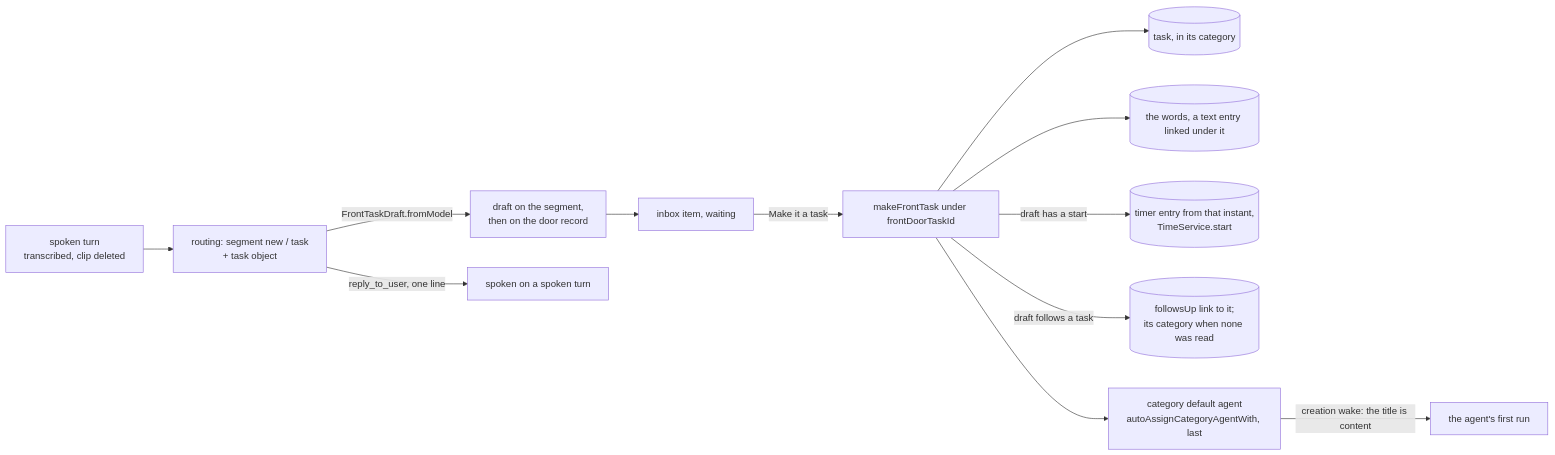
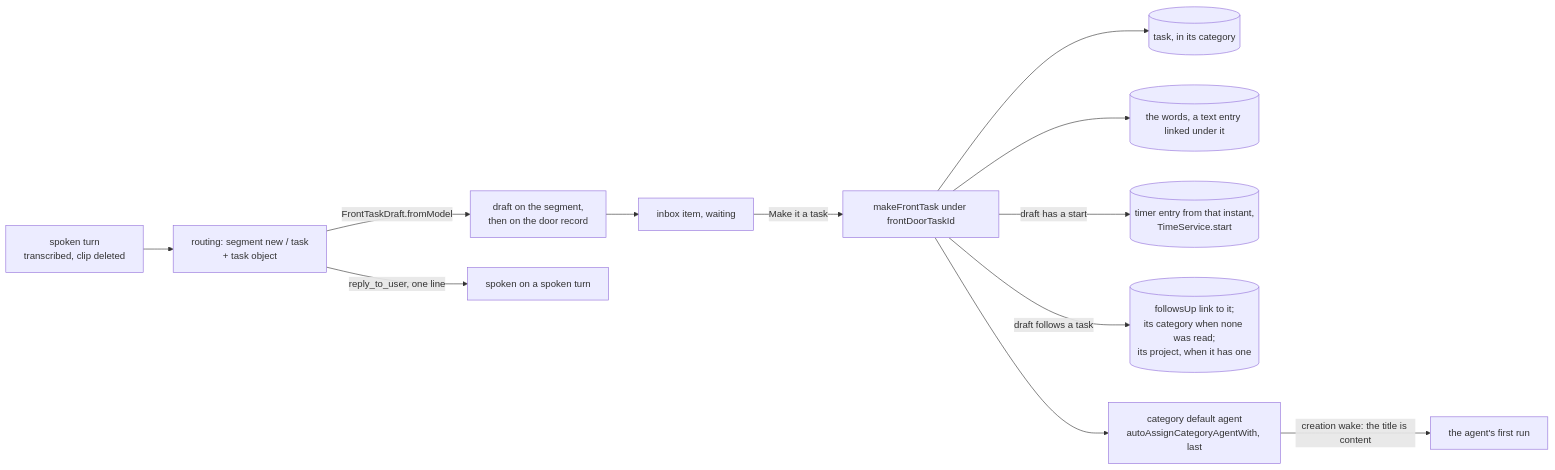
Before and after one commit to matthiasn/lotti: the fourth of 9 diagrams in knowledge/features/front_agent.md, drawn with Mermaid. The commit also changed other lines of this file and 3 other files, not shown here.

First line of the commit message:
fix(front-agent): a follow-up from chat joins the project of the task it follows

````diff
--- a/knowledge/features/front_agent.md
+++ b/knowledge/features/front_agent.md
@@ -634,14 +634,14 @@
 ```mermaid
 flowchart LR
   W[spoken turn<br/>transcribed, clip deleted] --> R[routing: segment new / task<br/>+ task object]
   R -->|FrontTaskDraft.fromModel| V[draft on the segment,<br/>then on the door record]
   V --> I[inbox item, waiting]
   I -->|Make it a task| M[makeFrontTask under frontDoorTaskId]
   M --> T[(task, in its category)]
   M --> E[(the words, a text entry linked under it)]
   M -->|draft has a start| C[(timer entry from that instant,<br/>TimeService.start)]
-  M -->|draft follows a task| L[(followsUp link to it;<br/>its category when none was read)]
+  M -->|draft follows a task| L[(followsUp link to it;<br/>its category when none was read;<br/>its project, when it has one)]
   M --> A[category default agent<br/>autoAssignCategoryAgentWith, last]
   A -->|creation wake: the title is content| G[the agent's first run]
   R -->|reply_to_user, one line| S[spoken on a spoken turn]
 ```
````
